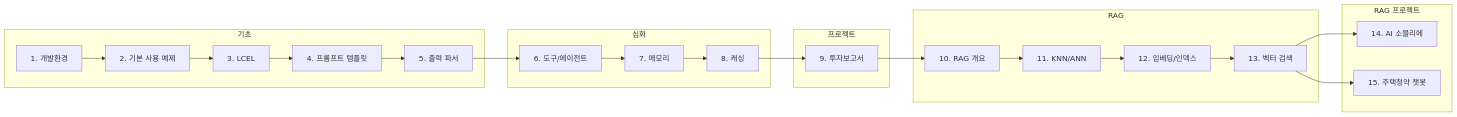
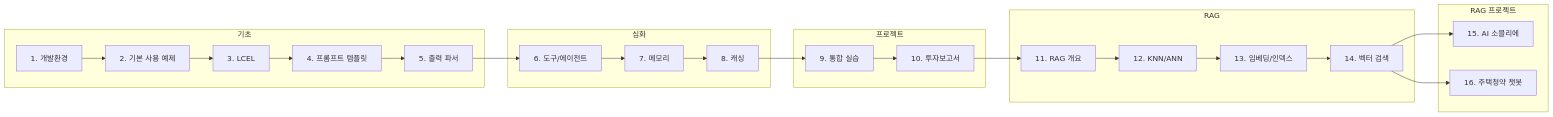
The first of 2 diagrams in docs/08_llm/04_langchain/00_langchain.md (webDevpia/webDevpia.github.io), drawn with Mermaid before and after one commit. The commit also changed other lines of this file and 26 other files, not shown here.

````diff
--- a/docs/08_llm/04_langchain/00_langchain.md
+++ b/docs/08_llm/04_langchain/00_langchain.md
@@ -23,35 +23,37 @@
 ```mermaid
 flowchart LR
     subgraph 기초["기초"]
         A["1. 개발환경"] --> B["2. 기본 사용 예제"]
         B --> C["3. LCEL"]
         C --> D["4. 프롬프트 템플릿"]
         D --> E["5. 출력 파서"]
     end
 
     subgraph 심화["심화"]
         F["6. 도구/에이전트"] --> G["7. 메모리"]
         G --> H["8. 캐싱"]
     end
 
     subgraph 프로젝트1["프로젝트"]
-        I["9. 투자보고서"]
+        I["9. 통합 실습"]
+        I2["10. 투자보고서"]
     end
 
     subgraph RAG["RAG"]
-        J["10. RAG 개요"] --> K["11. KNN/ANN"]
-        K --> L["12. 임베딩/인덱스"]
-        L --> M["13. 벡터 검색"]
+        J["11. RAG 개요"] --> K["12. KNN/ANN"]
+        K --> L["13. 임베딩/인덱스"]
+        L --> M["14. 벡터 검색"]
     end
 
     subgraph 프로젝트2["RAG 프로젝트"]
-        N["14. AI 소믈리에"]
-        O["15. 주택청약 챗봇"]
+        N["15. AI 소믈리에"]
+        O["16. 주택청약 챗봇"]
     end
 
     E --> F
     H --> I
-    I --> J
+    I --> I2
+    I2 --> J
     M --> N
     M --> O
 ```
````
